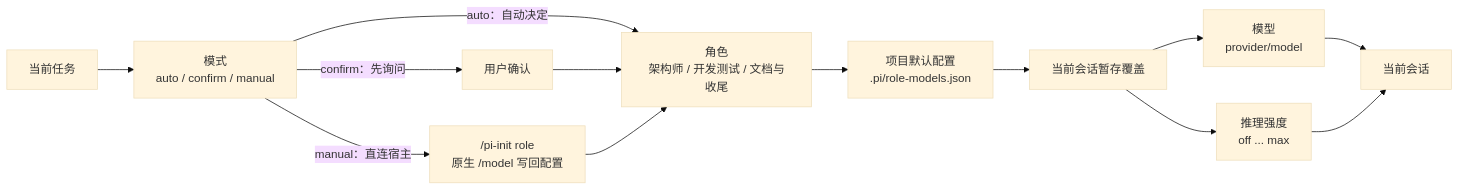
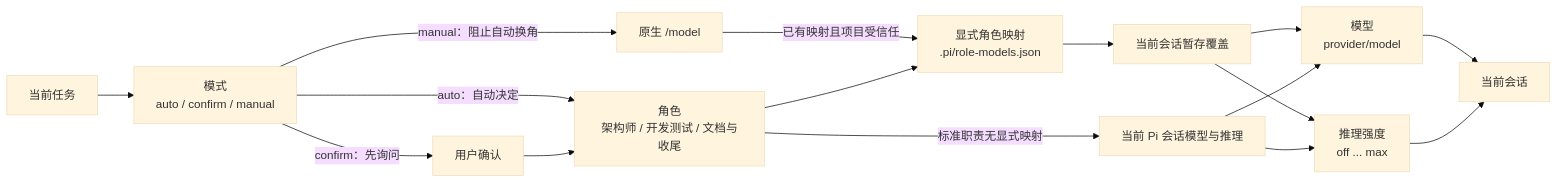
One commit to CGOSU/pi-init changed the diagram in README.md. Above: the diagram before and after it, drawn with Mermaid (base theme). The commit also changed other lines of this file and 28 other files, not shown here.

````diff
--- a/README.md
+++ b/README.md
@@ -183,15 +177,18 @@
 ```mermaid
 flowchart LR
   TASK[当前任务] --> MODE[模式<br/>auto / confirm / manual]
   MODE -->|auto：自动决定| ROLE[角色<br/>架构师 / 开发测试 / 文档与收尾]
   MODE -->|confirm：先询问| CONFIRM[用户确认]
   CONFIRM --> ROLE
-  MODE -->|manual：直连宿主| COMMAND["/pi-init role<br/>原生 /model 写回配置"]
-  COMMAND --> ROLE
-  ROLE --> CONFIG[项目默认配置<br/>.pi/role-models.json]
+  MODE -->|manual：阻止自动换角| COMMAND["原生 /model"]
+  COMMAND -->|已有映射且项目受信任| CONFIG[显式角色映射<br/>.pi/role-models.json]
+  ROLE --> CONFIG
   CONFIG --> OVERRIDE[当前会话暂存覆盖]
+  ROLE -->|标准职责无显式映射| SESSION_DEFAULT[当前 Pi 会话模型与推理]
   OVERRIDE --> MODEL[模型<br/>provider/model]
   OVERRIDE --> THINKING[推理强度<br/>off ... max]
+  SESSION_DEFAULT --> MODEL
+  SESSION_DEFAULT --> THINKING
   MODEL --> SESSION[当前会话]
   THINKING --> SESSION
 ```
````
